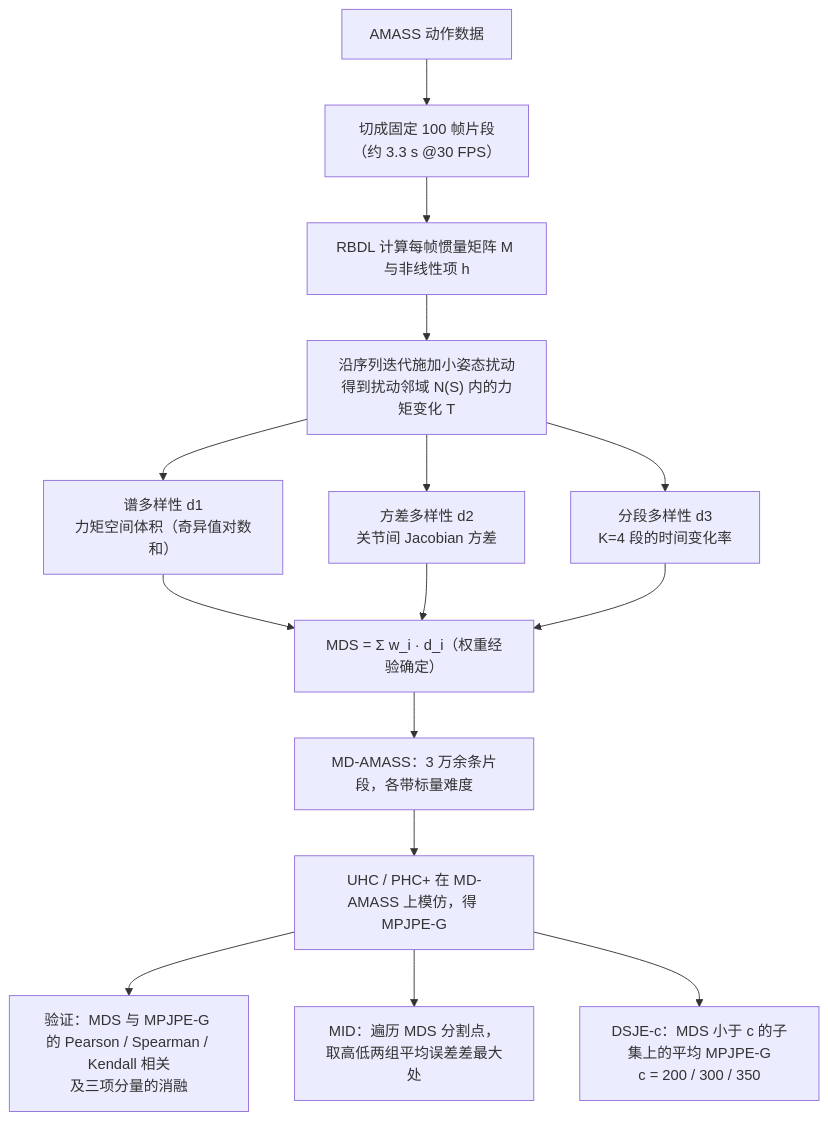
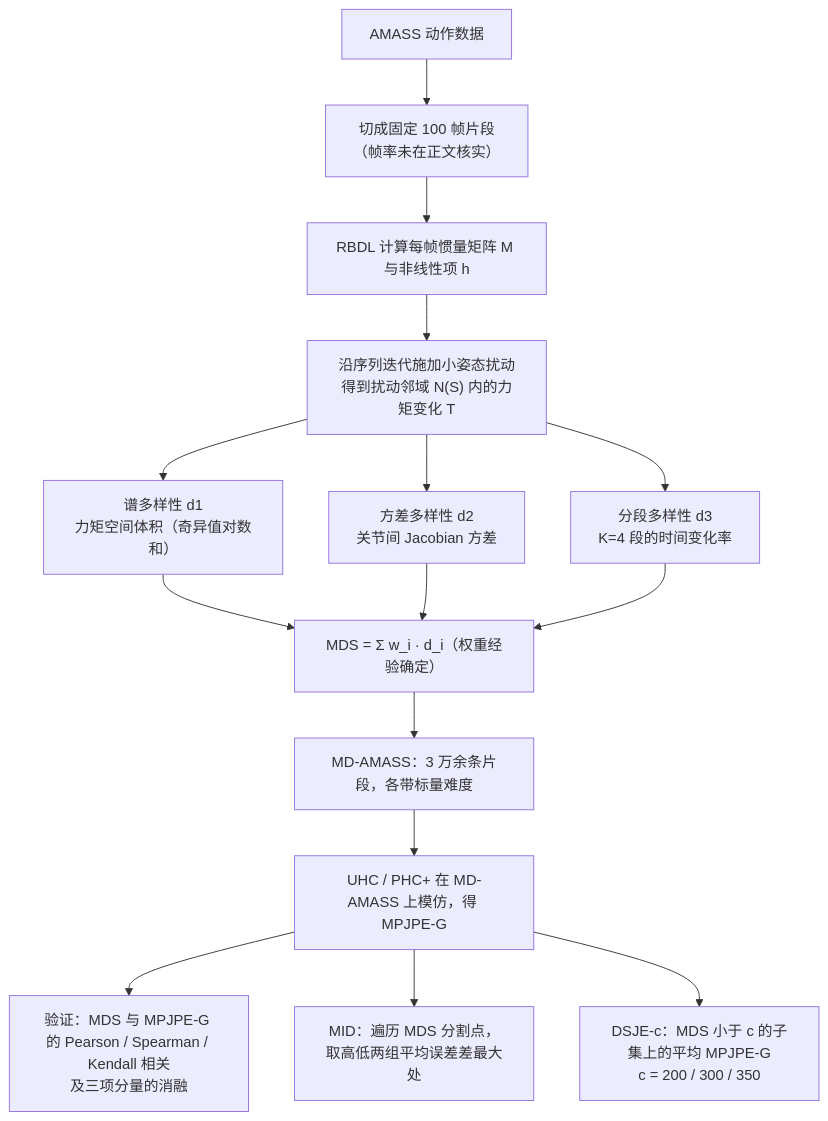
Before and after one commit to ImChong/Robotics_Notebooks: the diagram in wiki/entities/paper-notebook-benchmarking-humanoid-imitation-learning-with-mo.md, drawn with Mermaid. The commit also changed other lines of this file and 4 other files, not shown here.

````diff
--- a/wiki/entities/paper-notebook-benchmarking-humanoid-imitation-learning-with-mo.md
+++ b/wiki/entities/paper-notebook-benchmarking-humanoid-imitation-learning-with-mo.md
@@ -38,17 +61,17 @@
 ```mermaid
 flowchart TD
-    A["AMASS 动作数据"] --> B["切成固定 100 帧片段<br/>（约 3.3 s @30 FPS）"]
+    A["AMASS 动作数据"] --> B["切成固定 100 帧片段<br/>（帧率未在正文核实）"]
     B --> C["RBDL 计算每帧惯量矩阵 M 与非线性项 h"]
     C --> D["沿序列迭代施加小姿态扰动<br/>得到扰动邻域 N(S) 内的力矩变化 T"]
     D --> E1["谱多样性 d1<br/>力矩空间体积（奇异值对数和）"]
     D --> E2["方差多样性 d2<br/>关节间 Jacobian 方差"]
     D --> E3["分段多样性 d3<br/>K=4 段的时间变化率"]
     E1 --> F["MDS = Σ w_i · d_i（权重经验确定）"]
     E2 --> F
     E3 --> F
     F --> G["MD-AMASS：3 万余条片段，各带标量难度"]
     G --> H["UHC / PHC+ 在 MD-AMASS 上模仿，得 MPJPE-G"]
     H --> V["验证：MDS 与 MPJPE-G 的 Pearson / Spearman / Kendall 相关<br/>及三项分量的消融"]
     H --> I["MID：遍历 MDS 分割点，取高低两组平均误差差最大处"]
     H --> J["DSJE-c：MDS 小于 c 的子集上的平均 MPJPE-G<br/>c = 200 / 300 / 350"]
 ```
````
